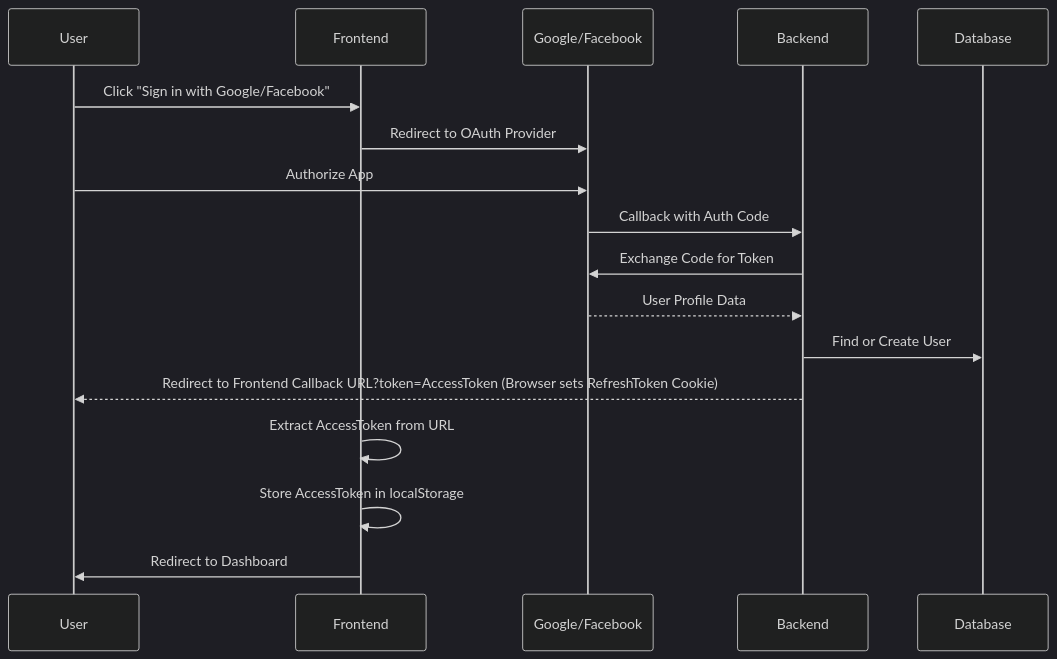
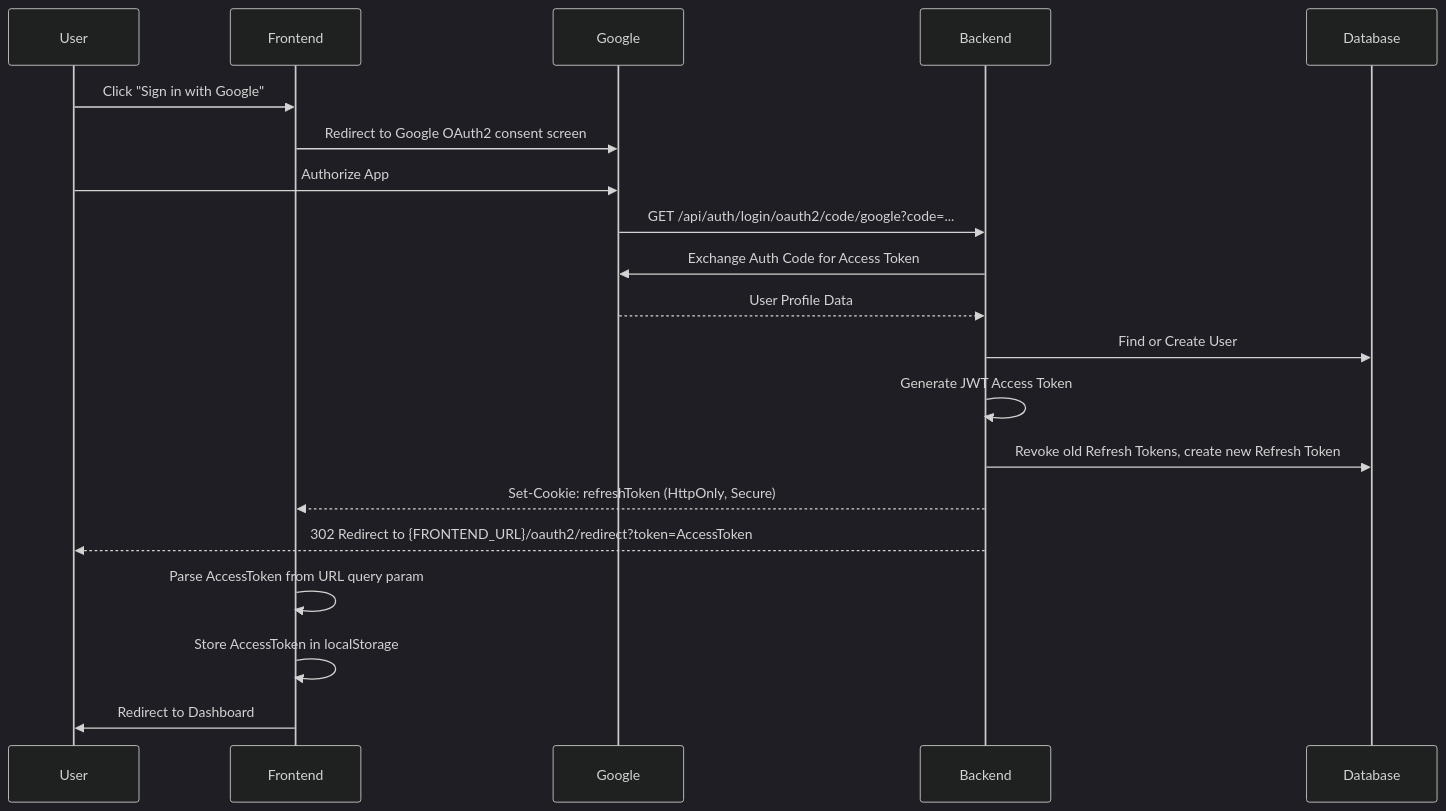
Before and after one commit to HuuLocFIT/EduMind: the second of 10 diagrams in docs/workflows/auth_workflows.md, drawn with Mermaid (dark theme). The commit also changed other lines of this file and 17 other files, not shown here.

````diff
--- a/docs/workflows/auth_workflows.md
+++ b/docs/workflows/auth_workflows.md
@@ -49,20 +53,23 @@
 ```mermaid
 sequenceDiagram
     participant User
     participant Frontend
-    participant OAuthProvider as Google/Facebook
+    participant Google
     participant Backend
     participant Database
 
-    User->>Frontend: Click "Sign in with Google/Facebook"
-    Frontend->>OAuthProvider: Redirect to OAuth Provider
-    User->>OAuthProvider: Authorize App
-    OAuthProvider->>Backend: Callback with Auth Code
-    Backend->>OAuthProvider: Exchange Code for Token
-    OAuthProvider-->>Backend: User Profile Data
+    User->>Frontend: Click "Sign in with Google"
+    Frontend->>Google: Redirect to Google OAuth2 consent screen
+    User->>Google: Authorize App
+    Google->>Backend: GET /api/auth/login/oauth2/code/google?code=...
+    Backend->>Google: Exchange Auth Code for Access Token
+    Google-->>Backend: User Profile Data
     Backend->>Database: Find or Create User
-    Backend-->>User: Redirect to Frontend Callback URL?token=AccessToken (Browser sets RefreshToken Cookie)
-    Frontend->>Frontend: Extract AccessToken from URL
+    Backend->>Backend: Generate JWT Access Token
+    Backend->>Database: Revoke old Refresh Tokens, create new Refresh Token
+    Backend-->>Frontend: Set-Cookie: refreshToken (HttpOnly, Secure)
+    Backend-->>User: 302 Redirect to {FRONTEND_URL}/oauth2/redirect?token=AccessToken
+    Frontend->>Frontend: Parse AccessToken from URL query param
     Frontend->>Frontend: Store AccessToken in localStorage
     Frontend->>User: Redirect to Dashboard
 ```
````
